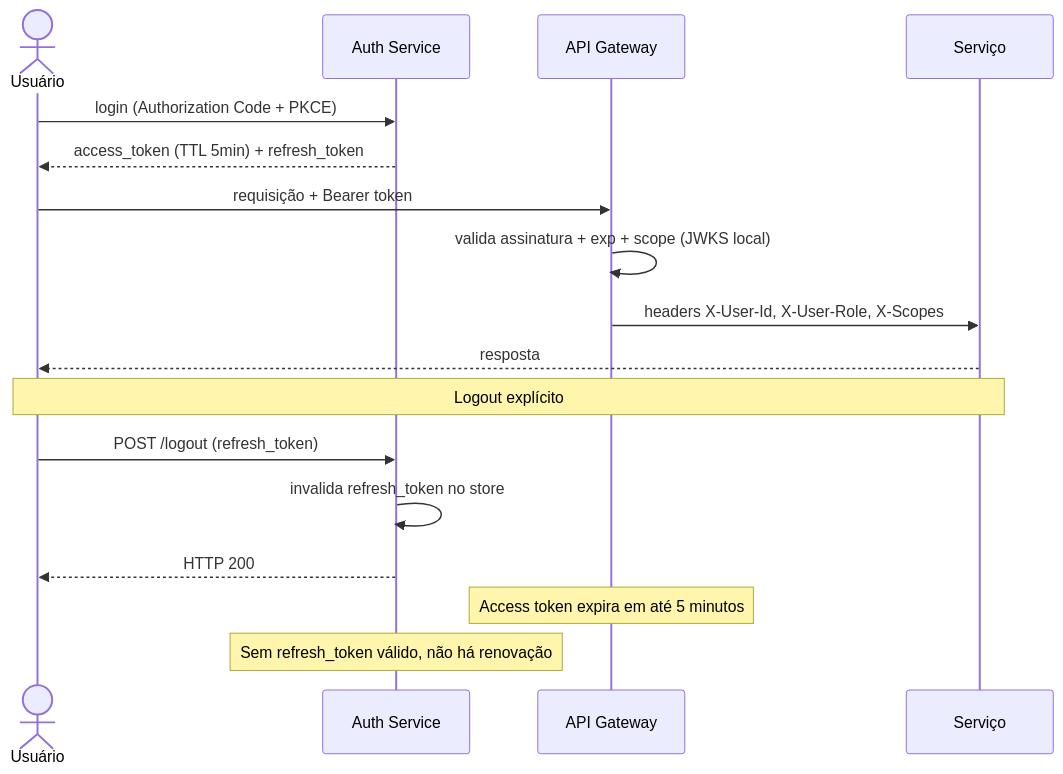
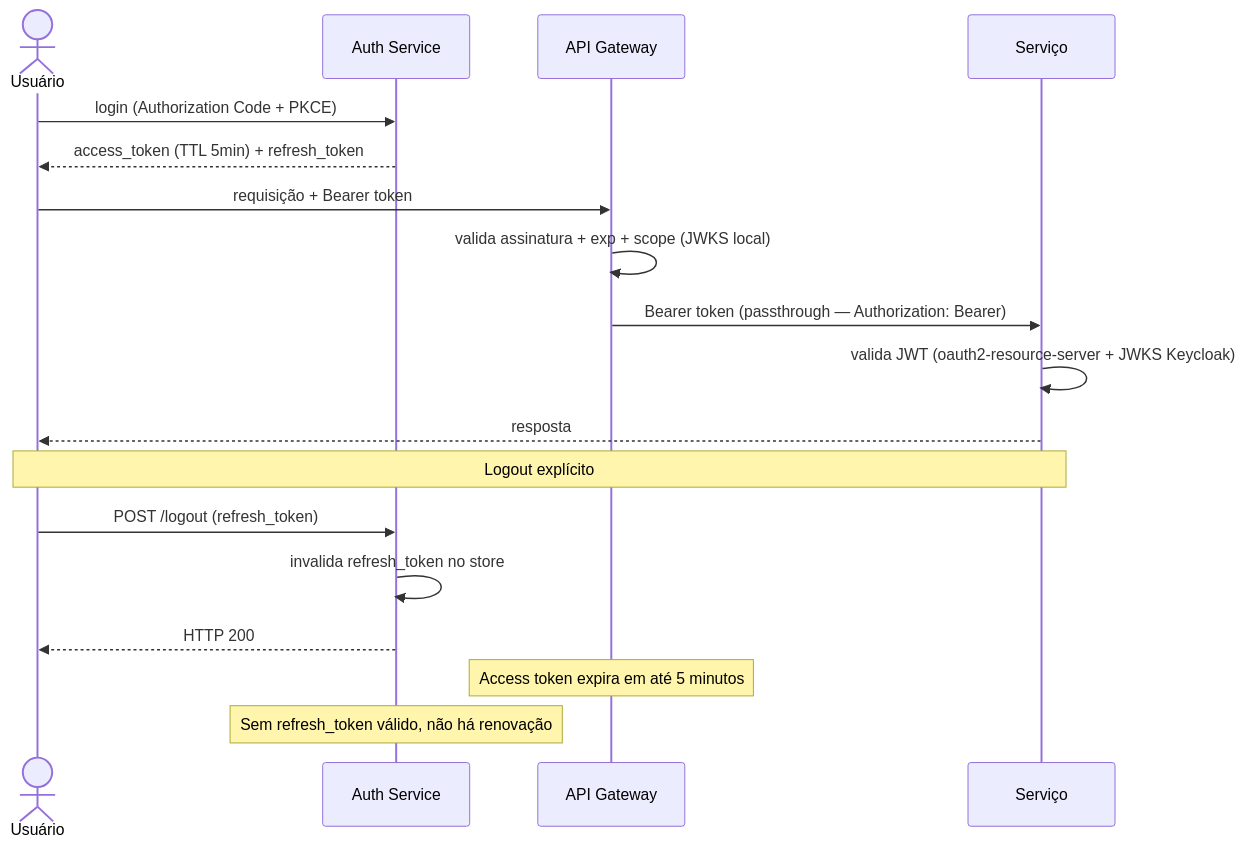
One commit to gsperim/account-engine-lab changed the fourth of 4 diagrams in docs/seguranca/index.md. Above: the diagram before and after it, drawn with Mermaid. The commit also changed other lines of this file and 7 other files, not shown here.

````diff
--- a/docs/seguranca/index.md
+++ b/docs/seguranca/index.md
@@ -224,24 +225,25 @@
 ```mermaid
 sequenceDiagram
     actor U as Usuário
     participant A as Auth Service
     participant GW as API Gateway
     participant S as Serviço
 
     U->>A: login (Authorization Code + PKCE)
     A-->>U: access_token (TTL 5min) + refresh_token
 
     U->>GW: requisição + Bearer token
     GW->>GW: valida assinatura + exp + scope (JWKS local)
-    GW->>S: headers X-User-Id, X-User-Role, X-Scopes
+    GW->>S: Bearer token (passthrough — Authorization: Bearer)
+    S->>S: valida JWT (oauth2-resource-server + JWKS Keycloak)
     S-->>U: resposta
 
     note over U,S: Logout explícito
 
     U->>A: POST /logout (refresh_token)
     A->>A: invalida refresh_token no store
     A-->>U: HTTP 200
 
     note over GW: Access token expira em até 5 minutos
     note over A: Sem refresh_token válido, não há renovação
 ```
````
